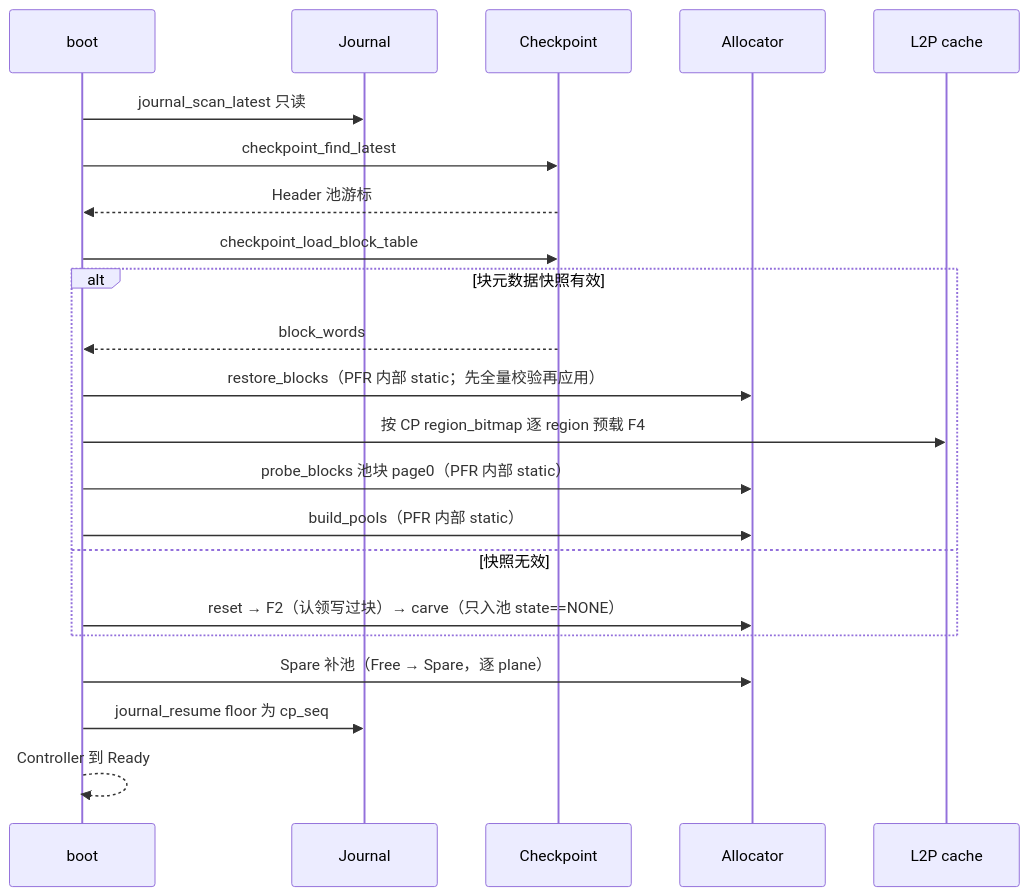
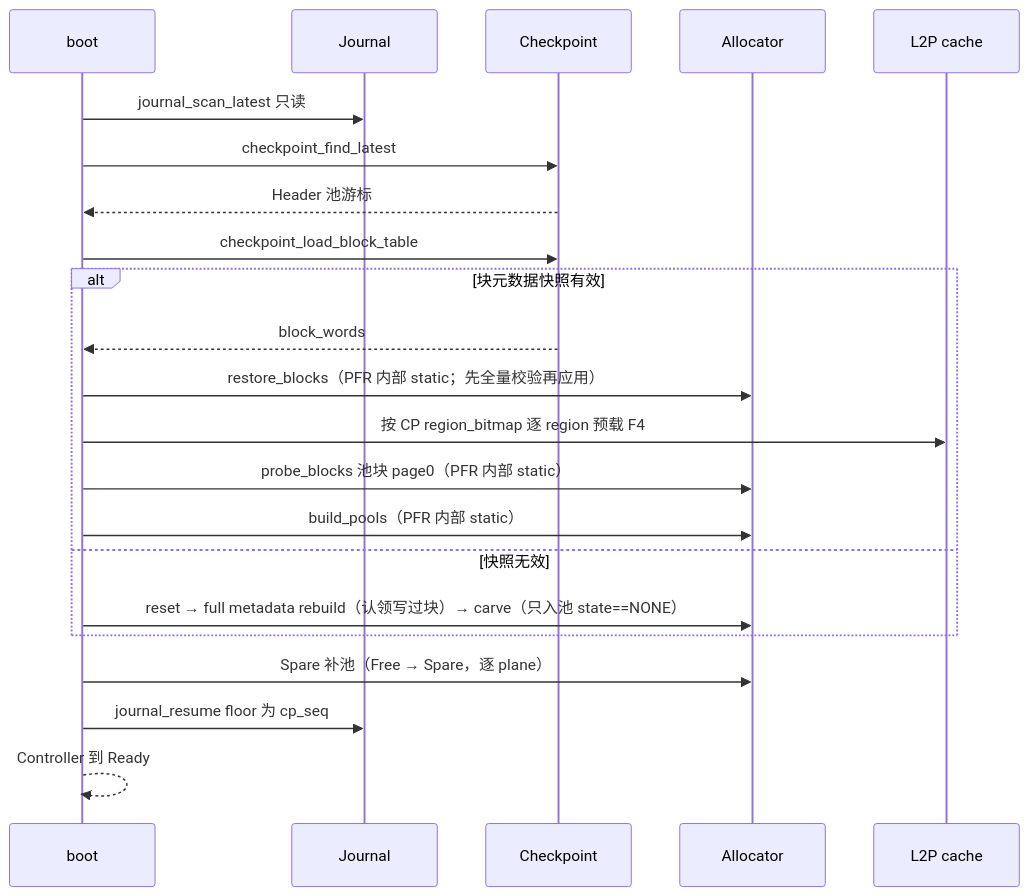
Before and after one commit to YzYMIAO/BASESSD: diagram 24 of 32 in docs/design/ftl_design.md, drawn with Mermaid. The commit also changed other lines of this file and 23 other files, not shown here.

````diff
--- a/docs/design/ftl_design.md
+++ b/docs/design/ftl_design.md
@@ -3486,25 +3490,25 @@
 ```mermaid
 sequenceDiagram
     participant B as boot
     participant J as Journal
     participant C as Checkpoint
     participant A as Allocator
     participant L as L2P cache
 
     B->>J: journal_scan_latest 只读
     B->>C: checkpoint_find_latest
     C-->>B: Header 池游标
     B->>C: checkpoint_load_block_table
     alt 块元数据快照有效
         C-->>B: block_words
         B->>A: restore_blocks（PFR 内部 static；先全量校验再应用）
         B->>L: 按 CP region_bitmap 逐 region 预载 F4
         B->>A: probe_blocks 池块 page0（PFR 内部 static）
         B->>A: build_pools（PFR 内部 static）
     else 快照无效
-        B->>A: reset → F2（认领写过块）→ carve（只入池 state==NONE）
+        B->>A: reset → full metadata rebuild（认领写过块）→ carve（只入池 state==NONE）
     end
     B->>A: Spare 补池（Free → Spare，逐 plane）
     B->>J: journal_resume floor 为 cp_seq
     B-->>B: Controller 到 Ready
 ```
````
